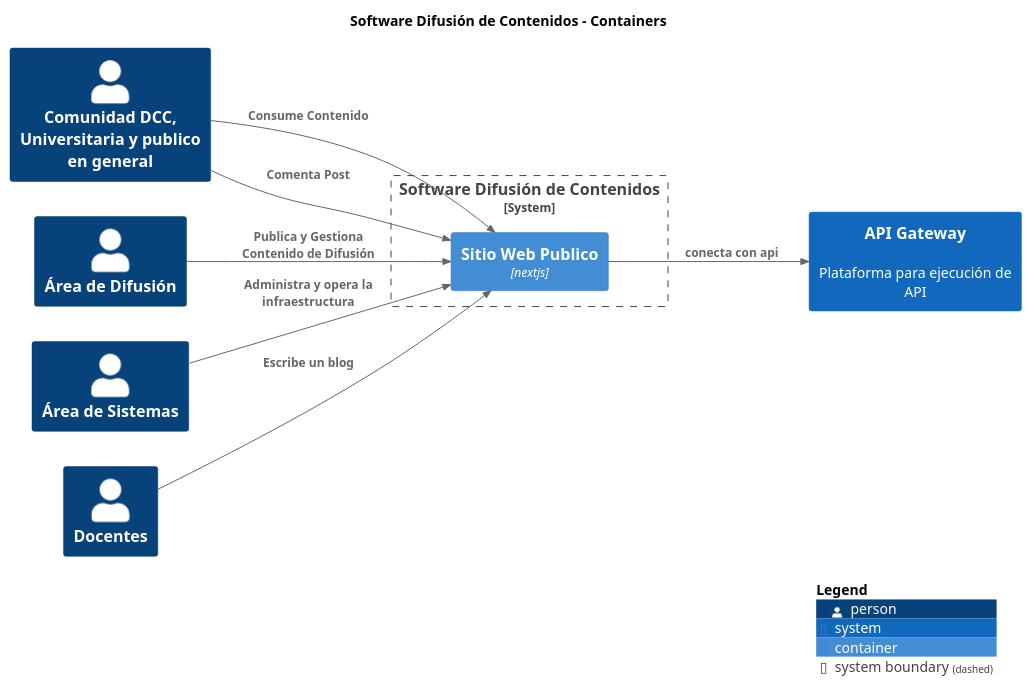
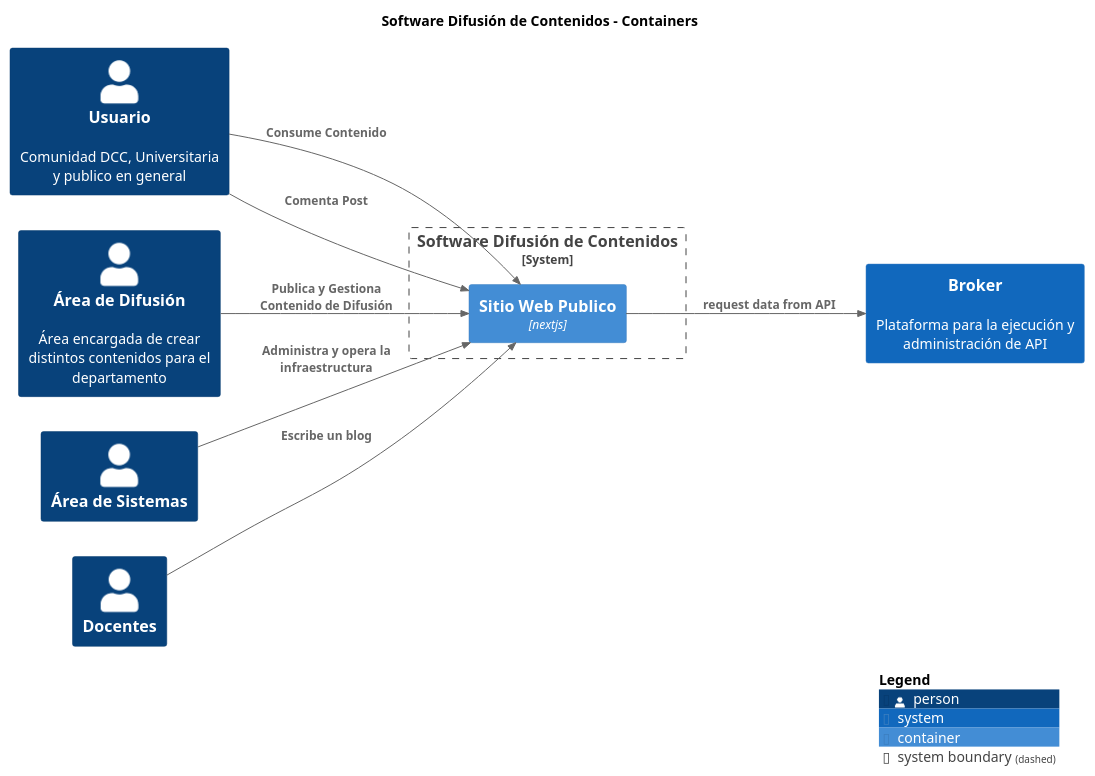
The diagram in build/site/puml/Container-001-Container-001.puml (nbrx/c4-dcc-arq), drawn with PlantUML before and after one commit. The commit also changed 349 other files, not shown here.

```diff
--- a/build/site/puml/Container-001-Container-001.puml
+++ b/build/site/puml/Container-001-Container-001.puml
@@ -1,31 +1,31 @@
 @startuml
 set separator none
 title Software Difusión de Contenidos - Containers
 
 left to right direction
 
 !include <C4/C4>
 !include <C4/C4_Context>
 !include <C4/C4_Container>
 
 skinparam svgDimensionStyle false
 skinparam preserveAspectRatio meet
-Person(ComunidadDCCUniversitariaypublicoengeneral, "Comunidad DCC, Universitaria y publico en general", "", $tags="")
-Person(ÁreadeDifusión, "Área de Difusión", "", $tags="")
+Person(Usuario, "Usuario", "Comunidad DCC, Universitaria y publico en general", $tags="")
+Person(ÁreadeDifusión, "Área de Difusión", "Área encargada de crear distintos contenidos para el departamento", $tags="")
 Person(ÁreadeSistemas, "Área de Sistemas", "", $tags="")
+System(Broker, "Broker", "Plataforma para la ejecución y administración de API", $tags="")[[../../broker/context/]]
 Person(Docentes, "Docentes", "", $tags="")
-System(APIGateway, "API Gateway", "Plataforma para ejecución de API", $tags="")[[../../api-gateway/context/]]
 
 System_Boundary("SoftwareDifusióndeContenidos_boundary", "Software Difusión de Contenidos", $tags="") {
-  Container(SoftwareDifusióndeContenidos.SitioWebPublico, "Sitio Web Publico", "nextjs", "", $tags="")
+  Container(SoftwareDifusióndeContenidos.SitioWebPublico, "Sitio Web Publico", "nextjs", "", $tags="")[[../component/]]
 }
 
-Rel_D(ComunidadDCCUniversitariaypublicoengeneral, SoftwareDifusióndeContenidos.SitioWebPublico, "Consume Contenido", $tags="")
-Rel_D(ComunidadDCCUniversitariaypublicoengeneral, SoftwareDifusióndeContenidos.SitioWebPublico, "Comenta Post", $tags="")
+Rel_D(Usuario, SoftwareDifusióndeContenidos.SitioWebPublico, "Consume Contenido", $tags="")
+Rel_D(Usuario, SoftwareDifusióndeContenidos.SitioWebPublico, "Comenta Post", $tags="")
 Rel_D(Docentes, SoftwareDifusióndeContenidos.SitioWebPublico, "Escribe un blog", $tags="")
 Rel_D(ÁreadeDifusión, SoftwareDifusióndeContenidos.SitioWebPublico, "Publica y Gestiona Contenido de Difusión", $tags="")
 Rel_D(ÁreadeSistemas, SoftwareDifusióndeContenidos.SitioWebPublico, "Administra y opera la infraestructura", $tags="")
-Rel_D(SoftwareDifusióndeContenidos.SitioWebPublico, APIGateway, "conecta con api", $tags="")
+Rel_D(SoftwareDifusióndeContenidos.SitioWebPublico, Broker, "request data from API", $tags="")
 
 SHOW_LEGEND(true)
 @enduml
```
